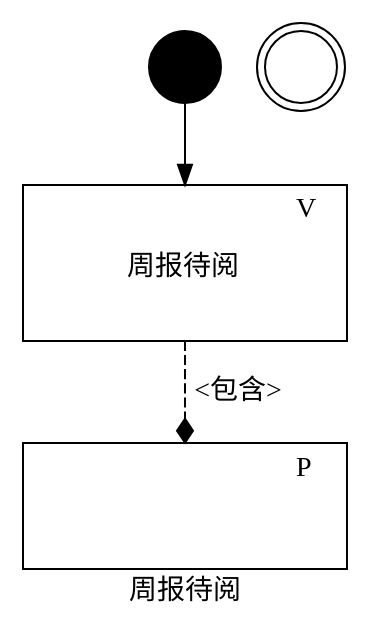
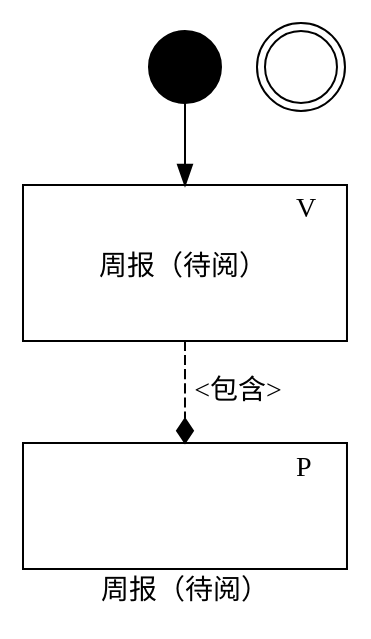
One commit to zj335841911/nt_chandao changed the diagram in ibizpms-docs/src/main/doc/v1/app/mob/func/IbzWeeklyMobEditView.md. Above: the diagram before and after it, drawn with PlantUML. The commit also changed other lines of this file and 72 other files, not shown here.

```diff
--- a/ibizpms-docs/src/main/doc/v1/app/mob/func/IbzWeeklyMobEditView.md
+++ b/ibizpms-docs/src/main/doc/v1/app/mob/func/IbzWeeklyMobEditView.md
@@ -5,42 +5,42 @@
 {% plantuml %}
 
 digraph IbzWeeklyMobEditView {
 
-label="周报待阅";    
+label="周报（待阅）";    
 
 #rankdir=LR;
 
 start [shape=circle,size="1,1",label="",style=filled, fillcolor=black]
 end [shape=doublecircle,label=""]
 
 own [shape=none, margin=0,size="6,6", label=<
 <TABLE WIDTH="150" BORDER="1" CELLBORDER="1" >
 <TR>
 <TD WIDTH="115" BORDER="0" COLSPAN="3"></TD><TD WIDTH="35" BORDER="0">V</TD>
 </TR>
 <TR>
-<TD BORDER="0" COLSPAN="4" CELLPADDING="10">周报待阅<BR/><BR/></TD>
+<TD BORDER="0" COLSPAN="4" CELLPADDING="10">周报（待阅）<BR/><BR/></TD>
 </TR>
 </TABLE>
 >];
 
 part [shape=none, margin=0, label=<
 <TABLE WIDTH="150" BORDER="1" CELLBORDER="1" >
 <TR>
 <TD WIDTH="115" BORDER="0" COLSPAN="3"></TD><TD WIDTH="35" BORDER="0">P</TD> 
 </TR>
 <TR>
 <TD BORDER="0" COLSPAN="4" CELLPADDING="10">
 <BR/></TD>
 </TR>
 </TABLE>
 >];
 
 
 start -> own ;
 own -> part [style=dashed,arrowhead=diamond,label="<包含>"] ;
 
 
 }
 
 {% endplantuml %}
```
